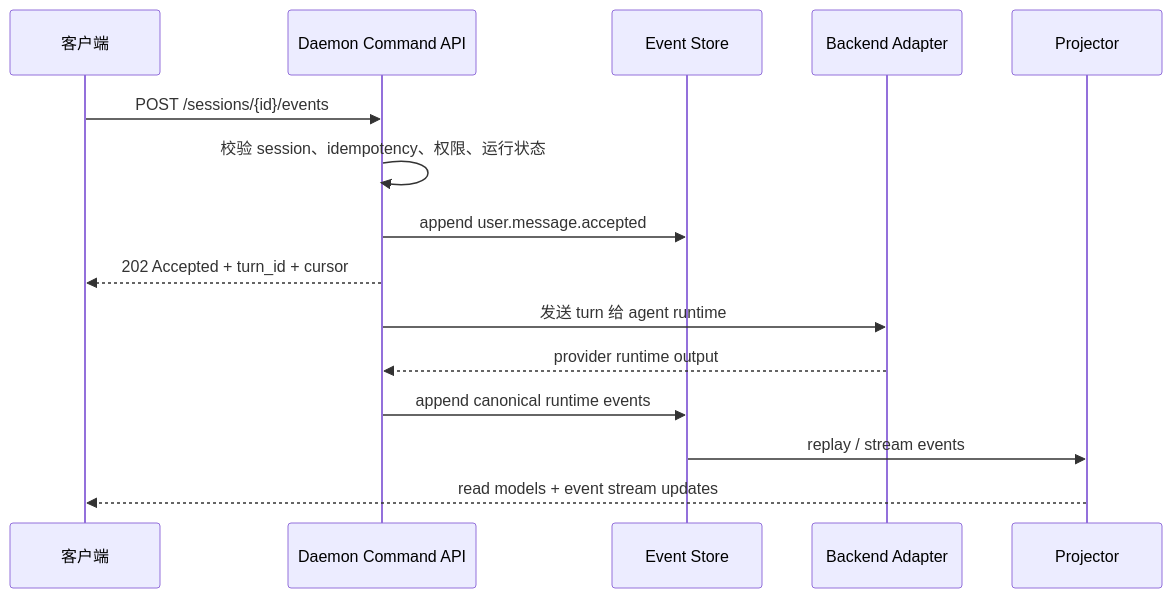
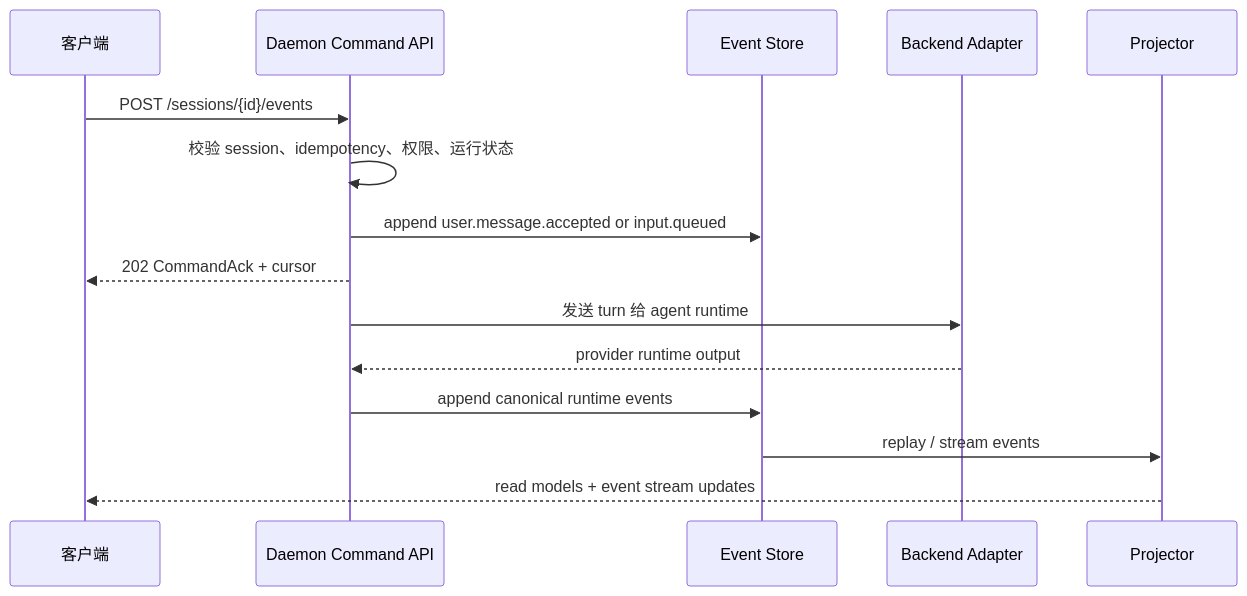
The diagram in content/docs/architecture/command-event-boundary.mdx (opencraft-app/opencraft), drawn with Mermaid before and after one commit. The commit also changed other lines of this file and 47 other files, not shown here.

````diff
--- a/content/docs/architecture/command-event-boundary.mdx
+++ b/content/docs/architecture/command-event-boundary.mdx
@@ -63,18 +62,18 @@
 ```mermaid
 sequenceDiagram
   participant Client as 客户端
   participant API as Daemon Command API
   participant Log as Event Store
   participant Adapter as Backend Adapter
   participant Projector as Projector
 
   Client->>API: POST /sessions/{id}/events
   API->>API: 校验 session、idempotency、权限、运行状态
-  API->>Log: append user.message.accepted
-  API-->>Client: 202 Accepted + turn_id + cursor
+  API->>Log: append user.message.accepted or input.queued
+  API-->>Client: 202 CommandAck + cursor
   API->>Adapter: 发送 turn 给 agent runtime
   Adapter-->>API: provider runtime output
   API->>Log: append canonical runtime events
   Log->>Projector: replay / stream events
   Projector-->>Client: read models + event stream updates
 ```
````
